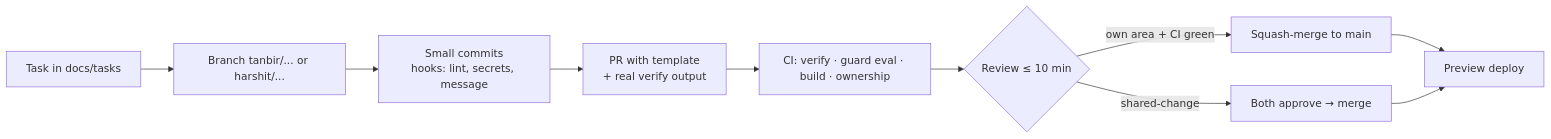
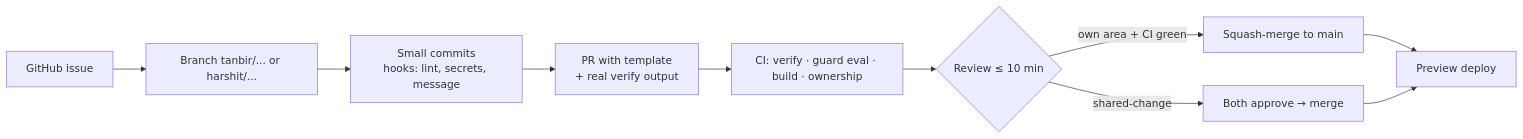
One commit to TanbirRamim/elevenlabs-agent changed the second of 3 diagrams in docs/IMPLEMENTATION_PLAN.md. Above: the diagram before and after it, drawn with Mermaid. The commit also changed other lines of this file and 23 other files, not shown here.

````diff
--- a/docs/IMPLEMENTATION_PLAN.md
+++ b/docs/IMPLEMENTATION_PLAN.md
@@ -350,12 +350,12 @@
 ```mermaid
 flowchart LR
-  I[Task in docs/tasks] --> B[Branch tanbir/... or harshit/...]
+  I[GitHub issue] --> B[Branch tanbir/... or harshit/...]
   B --> C[Small commits<br/>hooks: lint, secrets, message]
   C --> P[PR with template<br/>+ real verify output]
   P --> CI[CI: verify · guard eval · build · ownership]
   CI --> R{Review ≤ 10 min}
   R -->|own area + CI green| M[Squash-merge to main]
   R -->|shared-change| M2[Both approve → merge]
   M --> D[Preview deploy]
   M2 --> D
 ```
````
